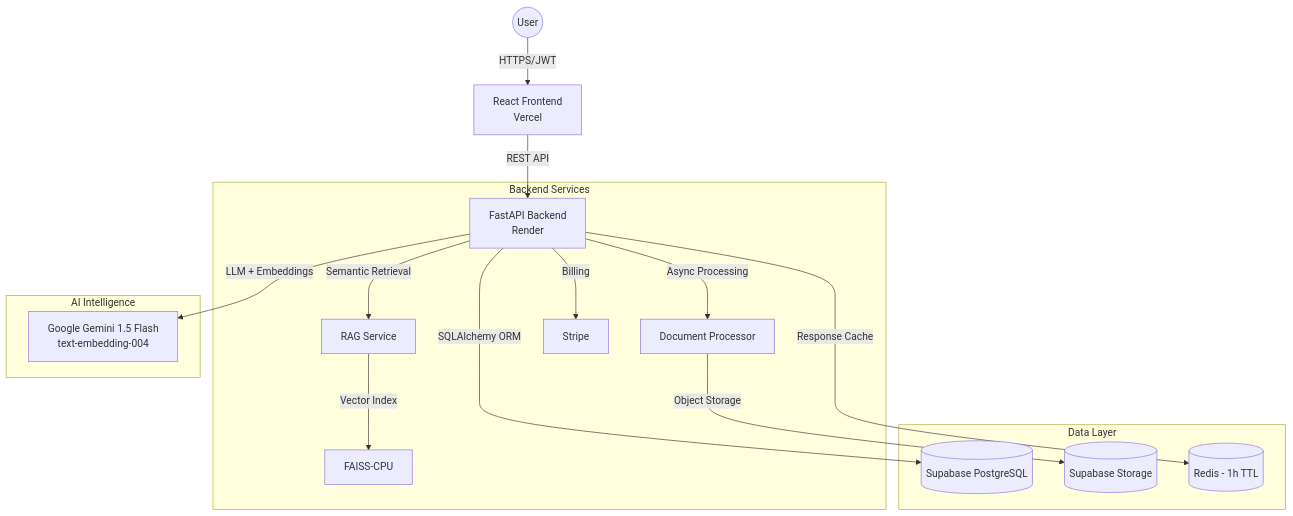
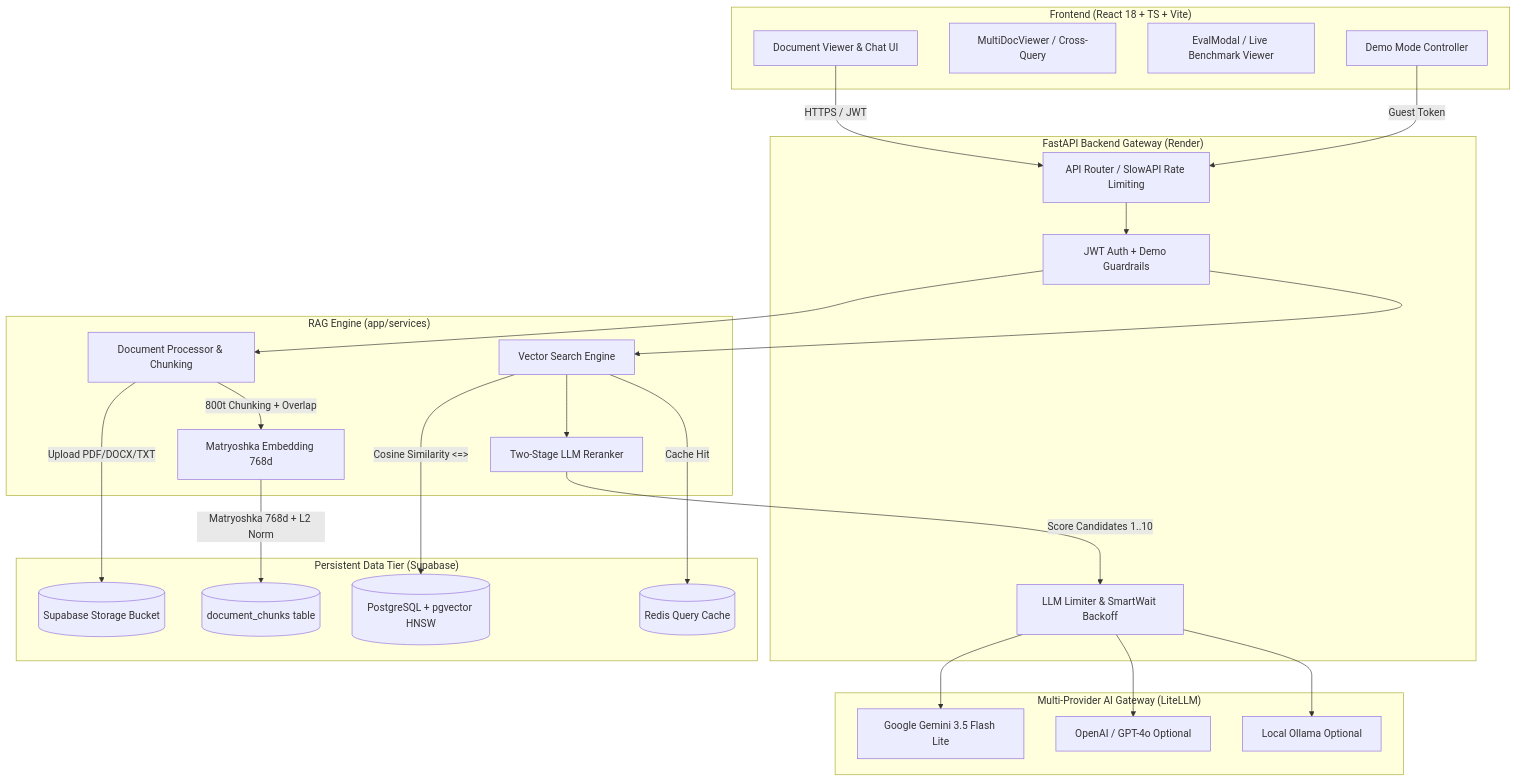
The first of 2 diagrams in README.md (salimtagemouati/documind), drawn with Mermaid before and after one commit. The commit also changed other lines of this file and 14 other files, not shown here.

Commit message:
docs: update architecture diagram, benchmark results and deployment checklist

````diff
--- a/README.md
+++ b/README.md
@@ -47,22 +82,53 @@
 ```mermaid
 graph TD
-    User((User)) -->|HTTPS/JWT| FE[React Frontend\nVercel]
-    FE -->|REST API| BE[FastAPI Backend\nRender]
-
-    subgraph "Backend Services"
-        BE -->|Async Processing| DP[Document Processor]
-        BE -->|Semantic Retrieval| RS[RAG Service]
-        BE -->|Billing| ST[Stripe]
-        RS -->|Vector Index| FAISS[FAISS-CPU]
+    subgraph Client["Frontend (React 18 + TS + Vite)"]
+        UI[Document Viewer & Chat UI]
+        MDV[MultiDocViewer / Cross-Query]
+        MODAL[EvalModal / Live Benchmark Viewer]
+        DEMO[Demo Mode Controller]
     end
 
-    subgraph "Data Layer"
-        BE -->|SQLAlchemy ORM| PG[(Supabase PostgreSQL)]
-        DP -->|Object Storage| S3[(Supabase Storage)]
-        BE -->|Response Cache| RD[(Redis - 1h TTL)]
+    subgraph API["FastAPI Backend Gateway (Render)"]
+        ROUTER[API Router / SlowAPI Rate Limiting]
+        AUTH[JWT Auth + Demo Guardrails]
+        LIMITER[LLM Limiter & SmartWait Backoff]
     end
 
-    subgraph "AI Intelligence"
-        BE -->|LLM + Embeddings| GM[Google Gemini 1.5 Flash\ntext-embedding-004]
+    subgraph Retrieval["RAG Engine (app/services)"]
+        PROC[Document Processor & Chunking]
+        EMB[Matryoshka Embedding 768d]
+        SEARCH[Vector Search Engine]
+        RERANK[Two-Stage LLM Reranker]
     end
+
+    subgraph Storage["Persistent Data Tier (Supabase)"]
+        PG[(PostgreSQL + pgvector HNSW)]
+        CHUNKS[(document_chunks table)]
+        STORE[(Supabase Storage Bucket)]
+        REDIS[(Redis Query Cache)]
+    end
+
+    subgraph Providers["Multi-Provider AI Gateway (LiteLLM)"]
+        GEMINI[Google Gemini 3.5 Flash Lite]
+        OPENAI[OpenAI / GPT-4o Optional]
+        OLLAMA[Local Ollama Optional]
+    end
+
+    UI -->|HTTPS / JWT| ROUTER
+    DEMO -->|Guest Token| ROUTER
+    ROUTER --> AUTH
+    AUTH --> PROC
+    AUTH --> SEARCH
+
+    PROC -->|Upload PDF/DOCX/TXT| STORE
+    PROC -->|800t Chunking + Overlap| EMB
+    EMB -->|Matryoshka 768d + L2 Norm| CHUNKS
+
+    SEARCH -->|Cosine Similarity <=>| PG
+    SEARCH --> RERANK
+    RERANK -->|Score Candidates 1..10| LIMITER
+    LIMITER --> GEMINI
+    LIMITER --> OPENAI
+    LIMITER --> OLLAMA
+    SEARCH -->|Cache Hit| REDIS
 ```
````
